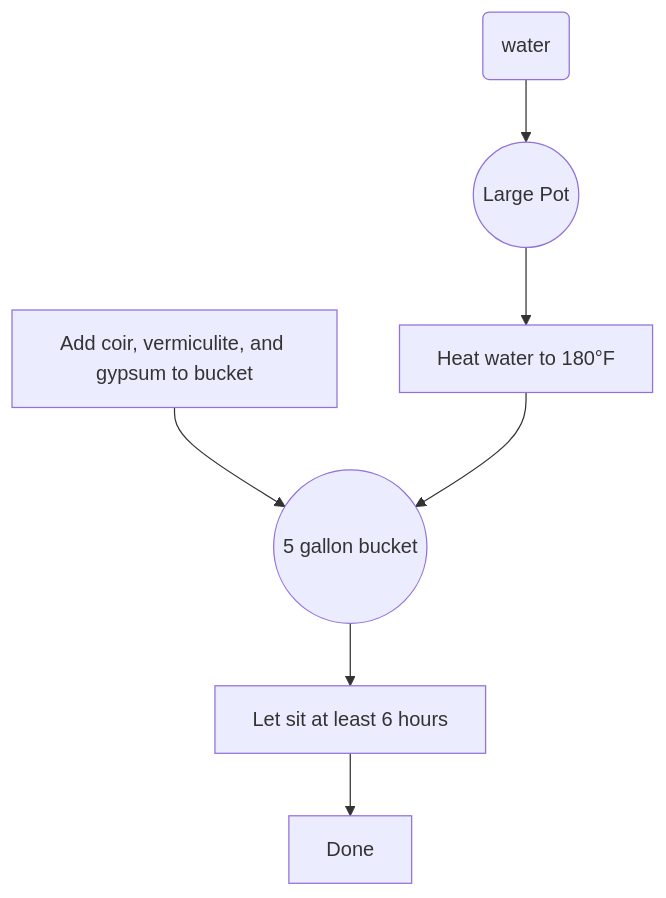
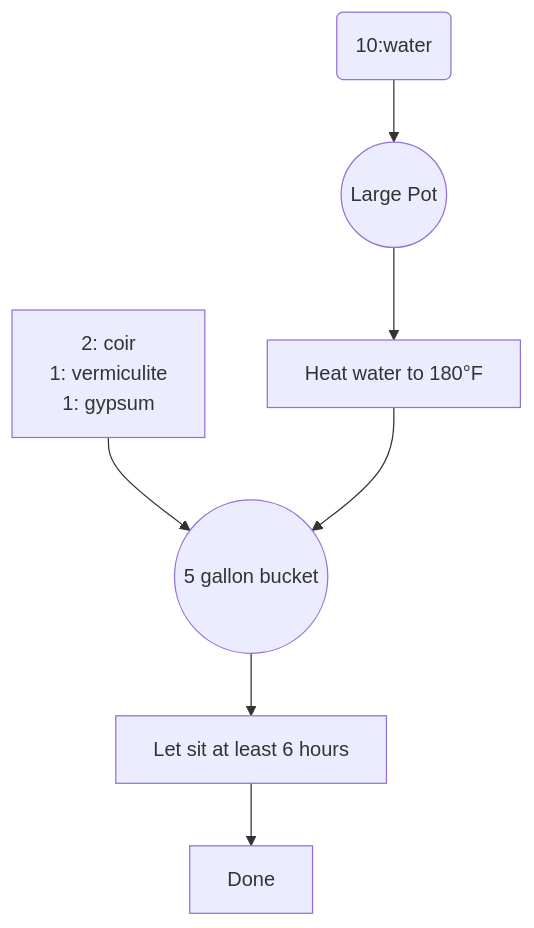
One commit to tynman/mycology changed the second of 2 diagrams in recipes/cvg.md. Above: the diagram before and after it, drawn with Mermaid.

Commit message:
diagram tweaks

````diff
--- a/recipes/cvg.md
+++ b/recipes/cvg.md
@@ -42,11 +42,11 @@
 ```mermaid
 graph TD
     bucket((5 gallon bucket))
-    dry[Add coir, vermiculite, and gypsum to bucket] --> bucket
+    dry[2: coir <br/> 1: vermiculite <br/> 1: gypsum] --> bucket
     pot((Large Pot))
-    water(water) --> pot
+    water(10:water) --> pot
     pot --> heat[Heat water to 180°F]
     heat --> bucket
     bucket --> mix[Let sit at least 6 hours]
     mix --> done[Done]
 ```
````
